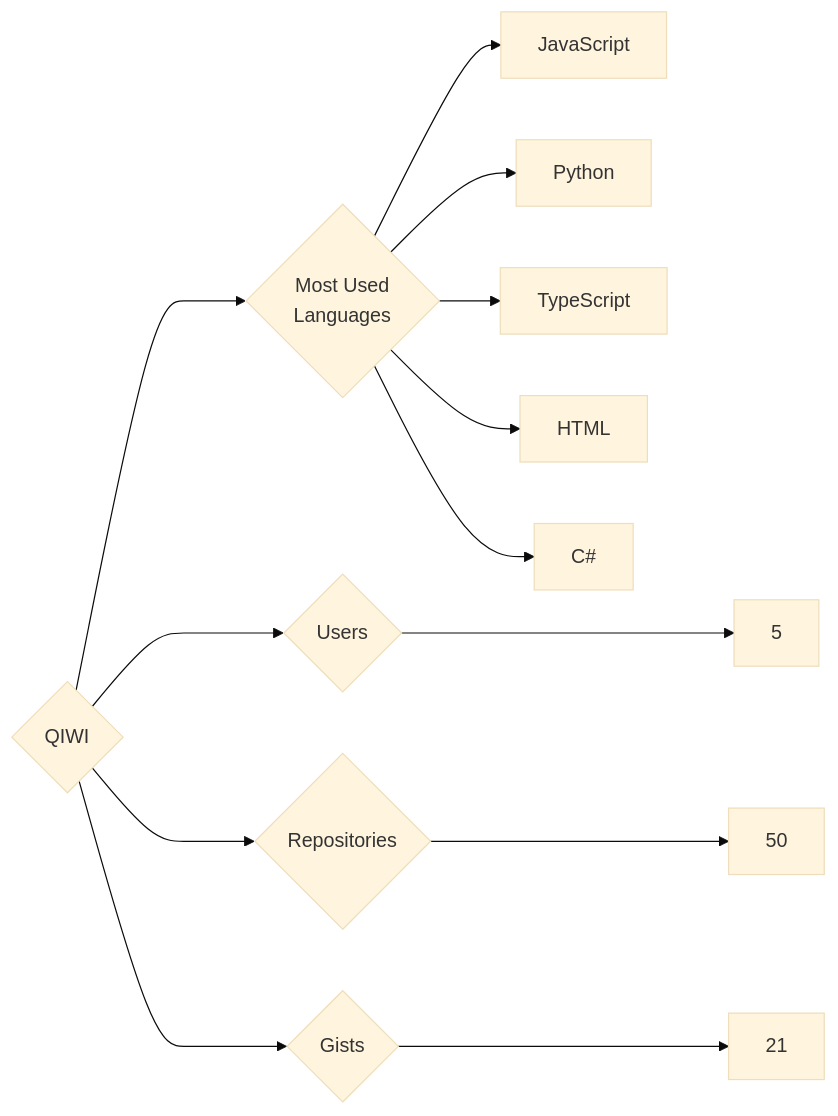
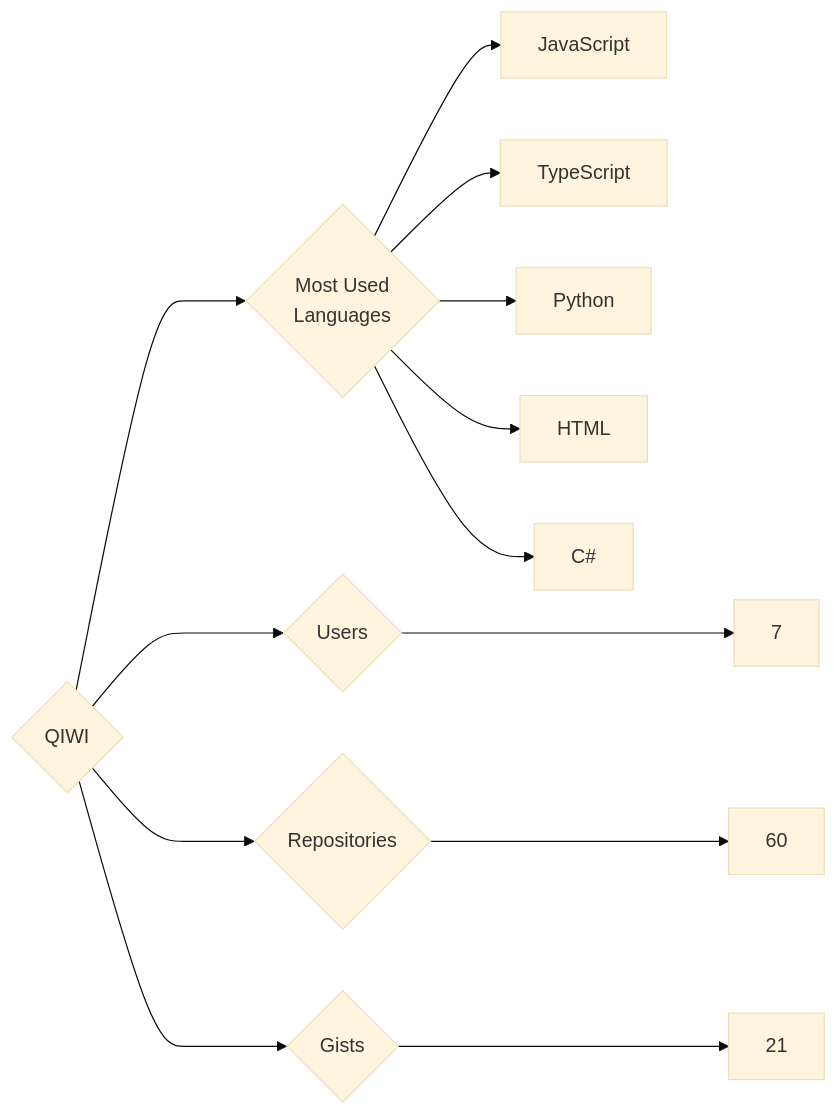
The diagram in targets/QIWI/README.md (trickest/insiders), drawn with Mermaid (base theme) before and after one commit. The commit also changed 677 other files, not shown here.

````diff
--- a/targets/QIWI/README.md
+++ b/targets/QIWI/README.md
@@ -3,13 +3,13 @@
 ```mermaid
 graph LR
 COMPANY_NAME{QIWI}
-COMPANY_NAME ---> U{Users} ---> UN[5]
-COMPANY_NAME ---> R{Repositories} ---> RN[50]
+COMPANY_NAME ---> U{Users} ---> UN[7]
+COMPANY_NAME ---> R{Repositories} ---> RN[60]
 COMPANY_NAME ---> G{Gists} ---> GN[21]
 COMPANY_NAME ---> ML{Most Used<br>Languages}
 ML --> JavaScript[JavaScript]
+ML --> TypeScript[TypeScript]
 ML --> Python[Python]
-ML --> TypeScript[TypeScript]
 ML --> HTML[HTML]
 ML --> C#[C#]
 ```
````
